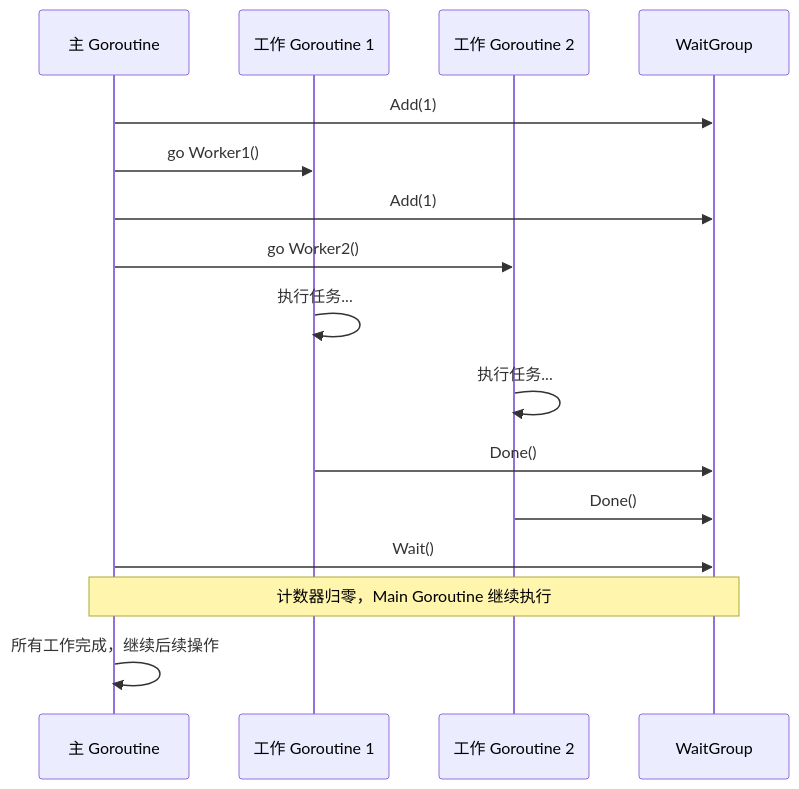
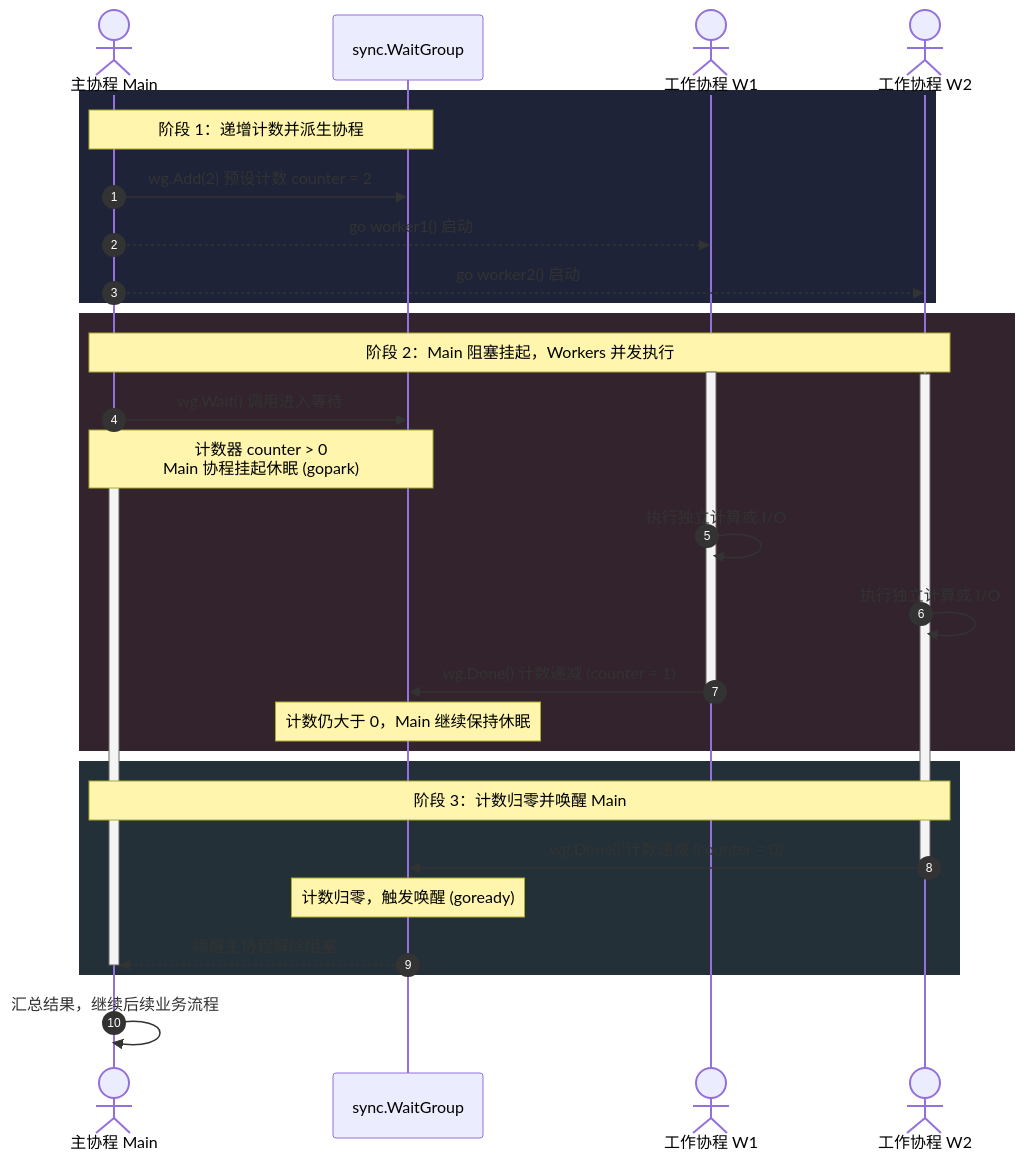
The first of 2 diagrams in source/_posts/2025/2025-08-10_Golang 如何等待多个 Goroutine.md (teatang/t-blog), drawn with Mermaid before and after one commit. The commit also changed other lines of this file and 7 other files, not shown here.

```diff
--- a/source/_posts/2025/2025-08-10_Golang 如何等待多个 Goroutine.md
+++ b/source/_posts/2025/2025-08-10_Golang 如何等待多个 Goroutine.md
@@ -41,22 +41,45 @@
 {% mermaid %}
 sequenceDiagram
-    participant Main as 主 Goroutine
-    participant Worker1 as 工作 Goroutine 1
-    participant Worker2 as 工作 Goroutine 2
-    participant WaitGroup as WaitGroup
+    autonumber
+    actor Main as 主协程 Main
+    participant WG as sync.WaitGroup
+    actor W1 as 工作协程 W1
+    actor W2 as 工作协程 W2
 
-    Main->>WaitGroup: Add(1)
-    Main->>Worker1: go Worker1()
-    Main->>WaitGroup: Add(1)
-    Main->>Worker2: go Worker2()
+    %% 阶段 1：注册与派生
+    rect rgb(30, 35, 55)
+        Note over Main,WG: 阶段 1：递增计数并派生协程
+        Main->>WG: wg.Add(2) 预设计数 counter = 2
+        Main-->>W1: go worker1() 启动
+        Main-->>W2: go worker2() 启动
+    end
 
-    Worker1->>Worker1: 执行任务...
-    Worker2->>Worker2: 执行任务...
+    %% 阶段 2：并发运行与主协程阻塞挂起
+    rect rgb(50, 35, 45)
+        Note over Main,W2: 阶段 2：Main 阻塞挂起，Workers 并发执行
+        activate W1
+        activate W2
+        Main->>WG: wg.Wait() 调用进入等待
+        activate Main
+        Note over Main,WG: 计数器 counter > 0<br/>Main 协程挂起休眠 (gopark)
 
-    Worker1->>WaitGroup: Done()
-    Worker2->>WaitGroup: Done()
+        W1->>W1: 执行独立计算或 I/O
+        W2->>W2: 执行独立计算或 I/O
 
-    Main->>WaitGroup: Wait()
-    Note over WaitGroup,Main: 计数器归零，Main Goroutine 继续执行
-    Main->>Main: 所有工作完成，继续后续操作
+        W1->>WG: wg.Done() 计数递减 (counter = 1)
+        deactivate W1
+        Note over WG: 计数仍大于 0，Main 继续保持休眠
+    end
+
+    %% 阶段 3：计数归零与唤醒
+    rect rgb(35, 48, 55)
+        Note over Main,W2: 阶段 3：计数归零并唤醒 Main
+        W2->>WG: wg.Done() 计数递减 (counter = 0)
+        deactivate W2
+        Note over WG: 计数归零，触发唤醒 (goready)
+        WG-->>Main: 唤醒主协程解除阻塞
+        deactivate Main
+    end
+
+    Main->>Main: 汇总结果，继续后续业务流程
 {% endmermaid %}
```
